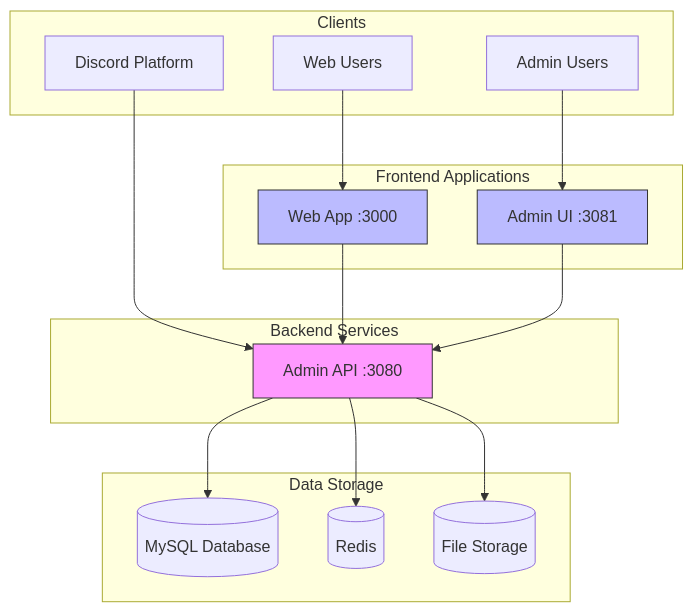
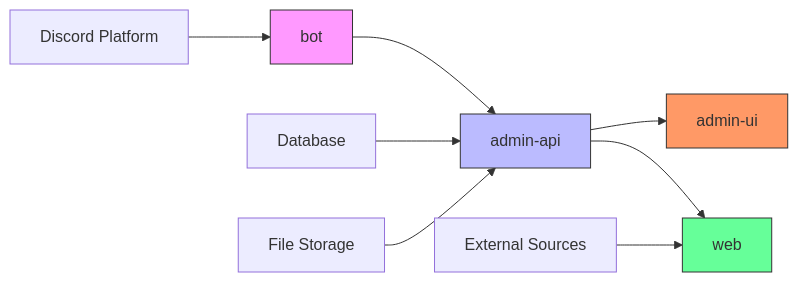
The second of 7 diagrams in .qoder/repowiki/en/content/System Overview.md (GurthBro0ks/slimy-monorepo), drawn with Mermaid before and after one commit. The commit also changed other lines of this file and 87 other files, not shown here.

First line of the commit message:
docs(api): add comprehensive API endpoints documentation for admin-api service

````diff
--- a/.qoder/repowiki/en/content/System Overview.md
+++ b/.qoder/repowiki/en/content/System Overview.md
@@ -86,31 +103,14 @@
 ```mermaid
-graph TB
-subgraph "Clients"
-Discord[Discord Platform]
-WebUsers[Web Users]
-AdminUsers[Admin Users]
-end
-subgraph "Frontend Applications"
-Web[Web App :3000]
-AdminUI[Admin UI :3081]
-end
-subgraph "Backend Services"
-AdminAPI[Admin API :3080]
-end
-subgraph "Data Storage"
-MySQL[(MySQL Database)]
-Redis[(Redis)]
-FileStorage[(File Storage)]
-end
-Discord --> AdminAPI
-WebUsers --> Web
-AdminUsers --> AdminUI
-Web --> AdminAPI
-AdminUI --> AdminAPI
-AdminAPI --> MySQL
-AdminAPI --> Redis
-AdminAPI --> FileStorage
-style AdminAPI fill:#f9f,stroke:#333
-style Web fill:#bbf,stroke:#333
-style AdminUI fill:#bbf,stroke:#333
+graph LR
+A[Discord Platform] --> B[bot]
+B --> C[admin-api]
+C --> D[admin-ui]
+C --> E[web]
+F[External Sources] --> E
+G[Database] --> C
+H[File Storage] --> C
+style B fill:#f9f,stroke:#333
+style C fill:#bbf,stroke:#333
+style D fill:#f96,stroke:#333
+style E fill:#6f9,stroke:#333
 ```
````
